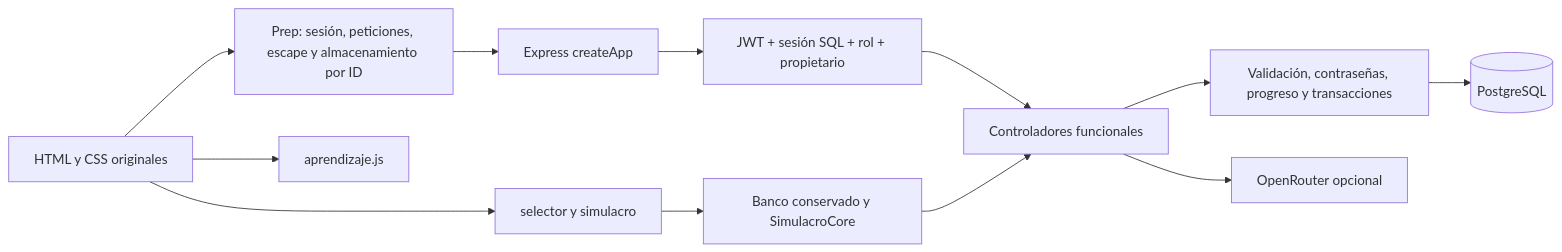
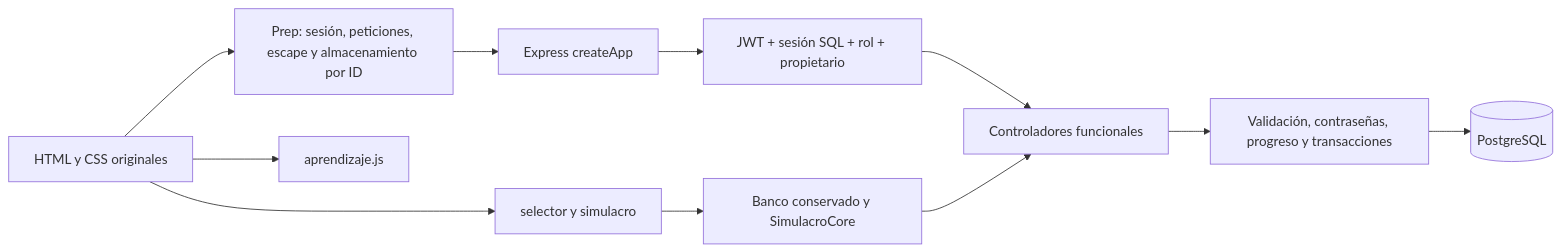
One commit to lfcastrillo-hash/plataforma-icfes changed the diagram in docs/tecnica/arquitectura-real.md. Above: the diagram before and after it, drawn with Mermaid. The commit also changed other lines of this file and 5 other files, not shown here.

````diff
--- a/docs/tecnica/arquitectura-real.md
+++ b/docs/tecnica/arquitectura-real.md
@@ -7,14 +9,13 @@
 ```mermaid
 flowchart LR
   H[HTML y CSS originales] --> P[Prep: sesión, peticiones, escape y almacenamiento por ID]
   H --> A[aprendizaje.js]
   H --> S[selector y simulacro]
   S --> B[Banco conservado y SimulacroCore]
   P --> E[Express createApp]
   E --> M[JWT + sesión SQL + rol + propietario]
   M --> C[Controladores funcionales]
   C --> T[Validación, contraseñas, progreso y transacciones]
   T --> DB[(PostgreSQL)]
-  C --> OR[OpenRouter opcional]
   B --> C
 ```
````
